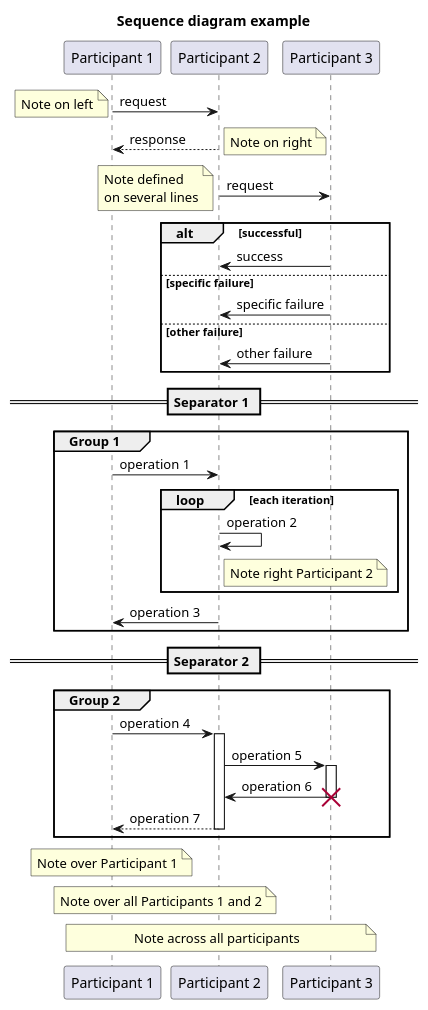
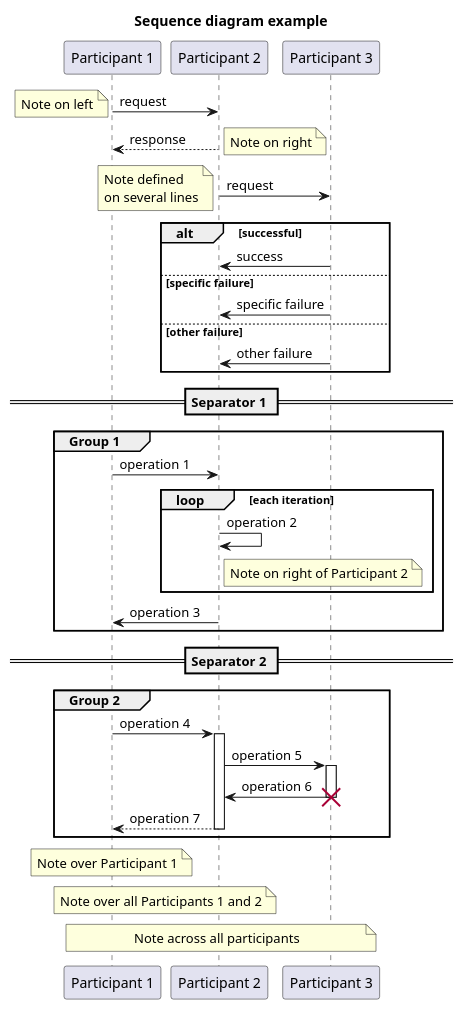
One commit to hugorbarbosa/cpp-design-patterns changed the diagram in uml/assets/sequence.puml. Above: the diagram before and after it, drawn with PlantUML. The commit also changed 3 other files, not shown here.

```diff
--- a/uml/assets/sequence.puml
+++ b/uml/assets/sequence.puml
@@ -1,67 +1,67 @@
 @startuml sequence
 
 ' Title
 title Sequence diagram example
 
 ' Participants
 participant "Participant 1" as participant1
 participant "Participant 2" as participant2
 participant "Participant 3" as participant3
 
 ' Sequence
 
 participant1 -> participant2 : request
 note left: Note on left
 participant2 --> participant1 : response
 note right: Note on right
 
 participant2 -> participant3: request
 note left
 Note defined
 on several lines
 end note
 
 alt successful
     participant3 -> participant2: success
 else specific failure
     participant3 -> participant2: specific failure
 else other failure
    participant3 -> participant2: other failure
 end
 
 == Separator 1 ==
 
 group Group 1
 participant1 -> participant2 : operation 1
 
 loop each iteration
     participant2 -> participant2: operation 2
     note right participant2
-        Note right Participant 2
+        Note on right of Participant 2
     end note
 end
 participant2 -> participant1 : operation 3
 end
 
 == Separator 2 ==
 
 group Group 2
 participant1 -> participant2 : operation 4
     activate participant2
     participant2 -> participant3: operation 5
     activate participant3
     participant3 -> participant2: operation 6
     destroy participant3
 participant2 --> participant1 : operation 7
 deactivate participant2
 end
 
 note over participant1: Note over Participant 1
 
 note over participant1, participant2
     Note over all Participants 1 and 2
 end note
 
 note across: Note across all participants
 
 @enduml
```
